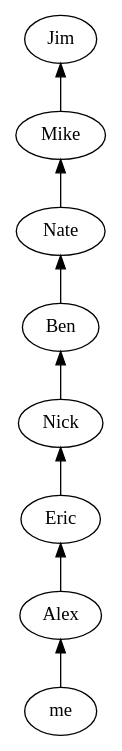
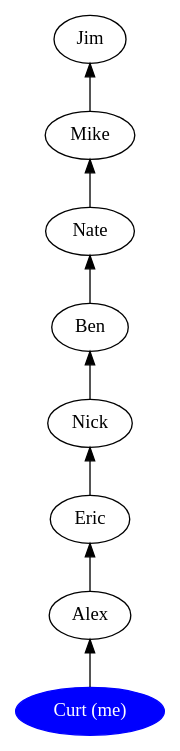
The diagram in org.dot (curtcox/practical-graphviz), drawn with Graphviz before and after one commit. The commit also changed 14 other files, not shown here.

Commit message:
Added some graphs.

```diff
--- a/org.dot
+++ b/org.dot
@@ -1,13 +1,15 @@
 digraph G {
 
 rankdir=BT
 
 me   -> Alex
 Alex -> Eric
 Eric -> Nick
 Nick -> Ben
 Ben  -> Nate
 Nate -> Mike
 Mike -> Jim
 
+me [label="Curt (me)" style=filled color=blue fontcolor=white]
+
 }
```
